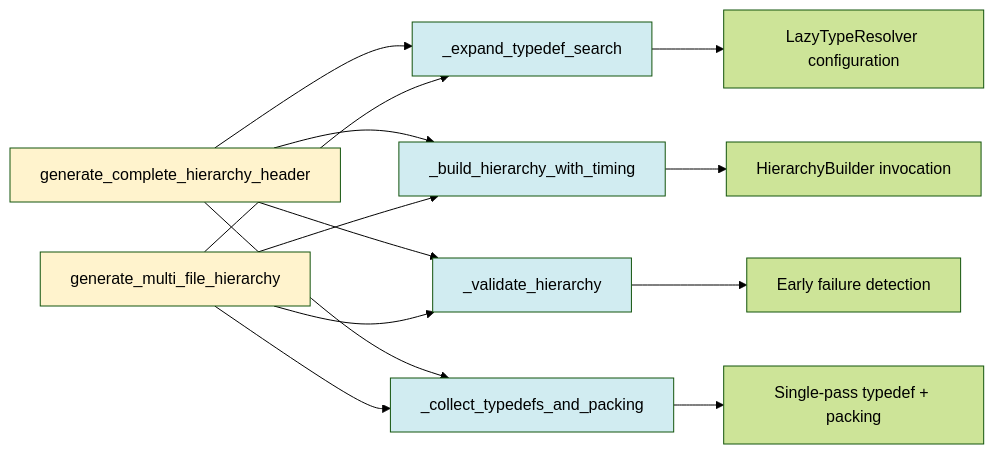
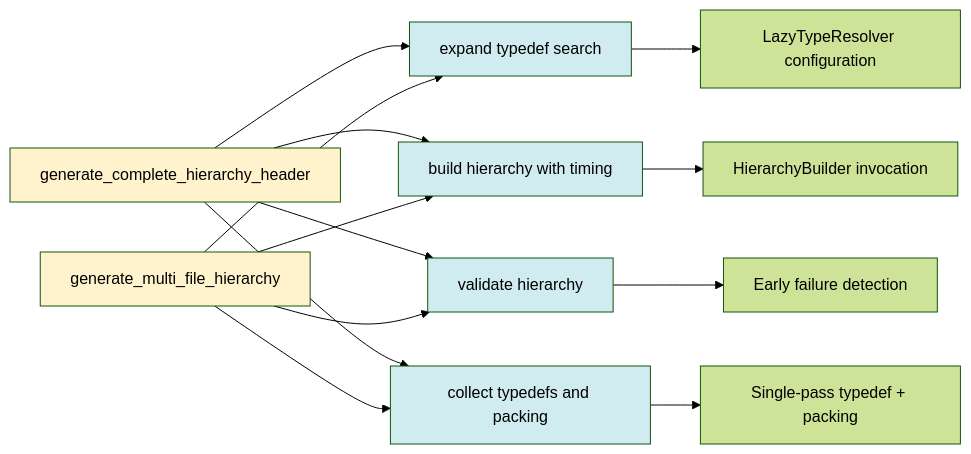
One commit to ddon-research/ddon-dwarf-reconstructor changed the third of 4 diagrams in docs/GENERATION_FLOWS.md. Above: the diagram before and after it, drawn with Mermaid (forest theme). The commit also changed other lines of this file and 169 other files, not shown here.

````diff
--- a/docs/GENERATION_FLOWS.md
+++ b/docs/GENERATION_FLOWS.md
@@ -134,26 +135,26 @@
 ```mermaid
 flowchart LR
-    SingleFile[generate_complete_hierarchy_header] --> Helper1[_expand_typedef_search]
-    MultiFile[generate_multi_file_hierarchy] --> Helper1
+    SingleFile[generate_complete_hierarchy_header] --> Service1[expand typedef search]
+    MultiFile[generate_multi_file_hierarchy] --> Service1
     
-    SingleFile --> Helper2[_build_hierarchy_with_timing]
-    MultiFile --> Helper2
+    SingleFile --> Service2[build hierarchy with timing]
+    MultiFile --> Service2
     
-    SingleFile --> Helper3[_validate_hierarchy]
-    MultiFile --> Helper3
+    SingleFile --> Service3[validate hierarchy]
+    MultiFile --> Service3
     
-    SingleFile --> Helper4[_collect_typedefs_and_packing]
-    MultiFile --> Helper4
+    SingleFile --> Service4[collect typedefs and packing]
+    MultiFile --> Service4
     
-    Helper1 --> TypeResolver[LazyTypeResolver configuration]
-    Helper2 --> HierarchyBuilder[HierarchyBuilder invocation]
-    Helper3 --> Validation[Early failure detection]
-    Helper4 --> Combined[Single-pass typedef + packing]
+    Service1 --> TypeResolver[LazyTypeResolver configuration]
+    Service2 --> HierarchyBuilder[HierarchyBuilder invocation]
+    Service3 --> Validation[Early failure detection]
+    Service4 --> Combined[Single-pass typedef + packing]
     
-    style Helper1 fill:#d1ecf1
-    style Helper2 fill:#d1ecf1
-    style Helper3 fill:#d1ecf1
-    style Helper4 fill:#d1ecf1
+    style Service1 fill:#d1ecf1
+    style Service2 fill:#d1ecf1
+    style Service3 fill:#d1ecf1
+    style Service4 fill:#d1ecf1
     style SingleFile fill:#fff3cd
     style MultiFile fill:#fff3cd
 ```
````
